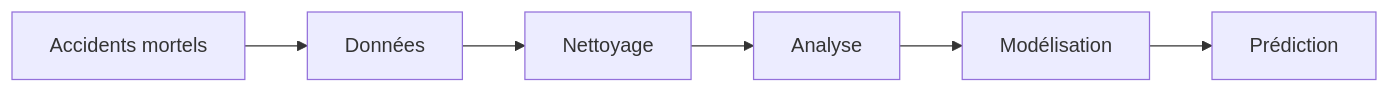
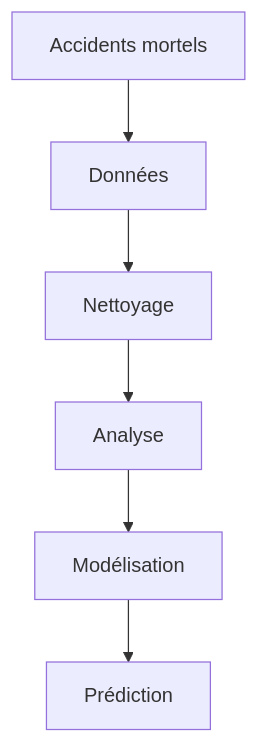
The diagram in README.md (lombarma/ProjetE3FIAccidentsMortels), drawn with Mermaid before and after one commit.

````diff
--- a/README.md
+++ b/README.md
@@ -3,8 +3,8 @@
 ```mermaid
-graph LR
+graph TD
 A[Accidents mortels] --> B[Données]
 B --> C[Nettoyage]
 C --> D[Analyse]
 D --> E[Modélisation]
 E --> F[Prédiction]
 ```
````
